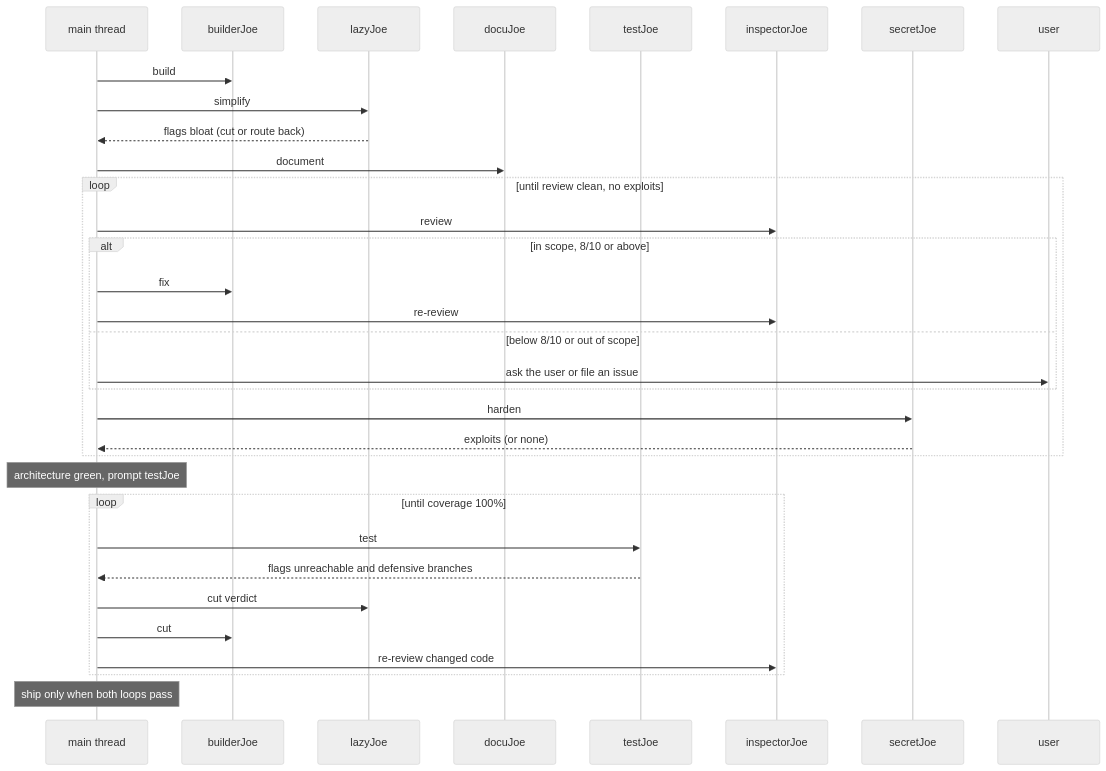
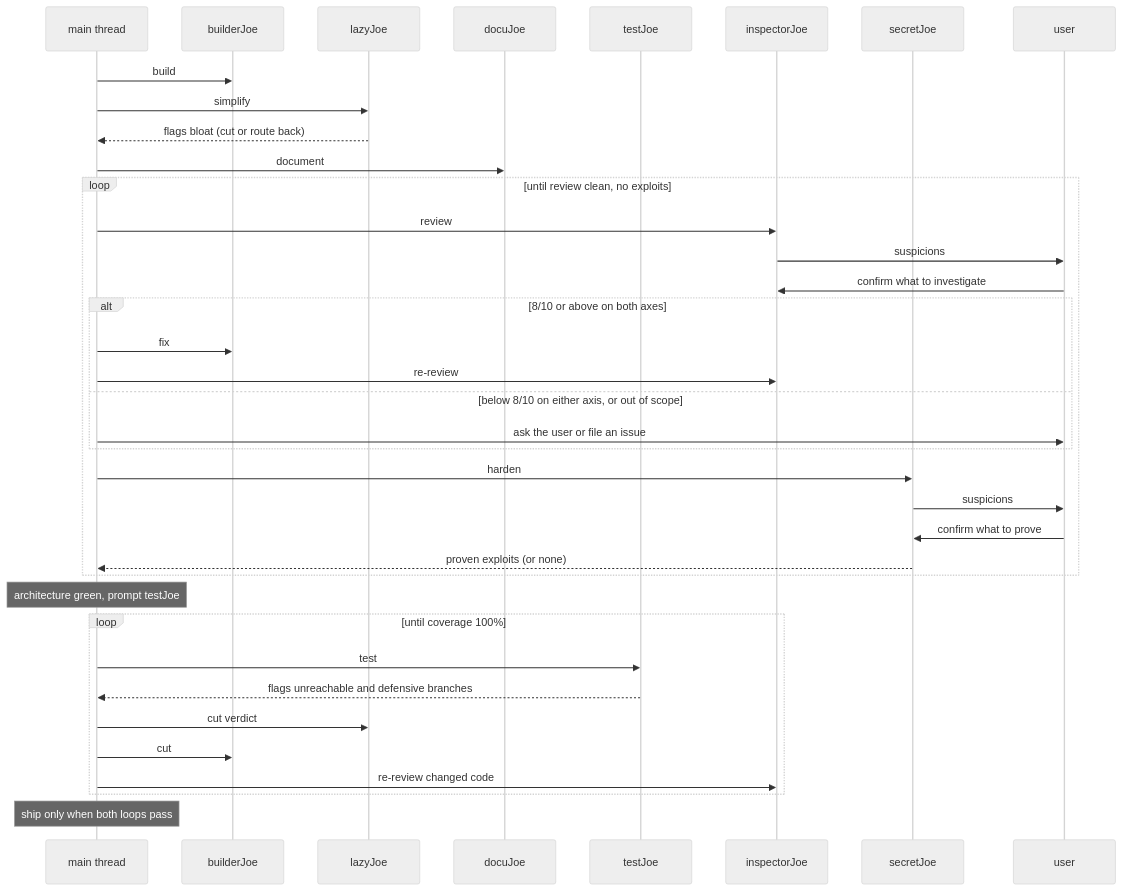
The diagram in skills/superjoe/SKILL.md (codingjoe/superjoe), drawn with Mermaid (neutral theme) before and after one commit. The commit also changed other lines of this file and 2 other files, not shown here.

Commit message:
Triage to suspicion first; add impact as a second rating axis (#8)

````diff
--- a/skills/superjoe/SKILL.md
+++ b/skills/superjoe/SKILL.md
@@ -127,36 +146,40 @@
 ```mermaid
 sequenceDiagram
     participant Main as main thread
     participant B as builderJoe
     participant L as lazyJoe
     participant D as docuJoe
     participant T as testJoe
     participant I as inspectorJoe
     participant S as secretJoe
     participant U as user
 
     Main->>B: build
     Main->>L: simplify
     L-->>Main: flags bloat (cut or route back)
     Main->>D: document
     loop until review clean, no exploits
         Main->>I: review
-        alt in scope, 8/10 or above
+        I->>U: suspicions
+        U->>I: confirm what to investigate
+        alt 8/10 or above on both axes
             Main->>B: fix
             Main->>I: re-review
-        else below 8/10 or out of scope
+        else below 8/10 on either axis, or out of scope
             Main->>U: ask the user or file an issue
         end
         Main->>S: harden
-        S-->>Main: exploits (or none)
+        S->>U: suspicions
+        U->>S: confirm what to prove
+        S-->>Main: proven exploits (or none)
     end
     Note over Main: architecture green, prompt testJoe
     loop until coverage 100%
         Main->>T: test
         T-->>Main: flags unreachable and defensive branches
         Main->>L: cut verdict
         Main->>B: cut
         Main->>I: re-review changed code
     end
     Note over Main: ship only when both loops pass
 ```
````
